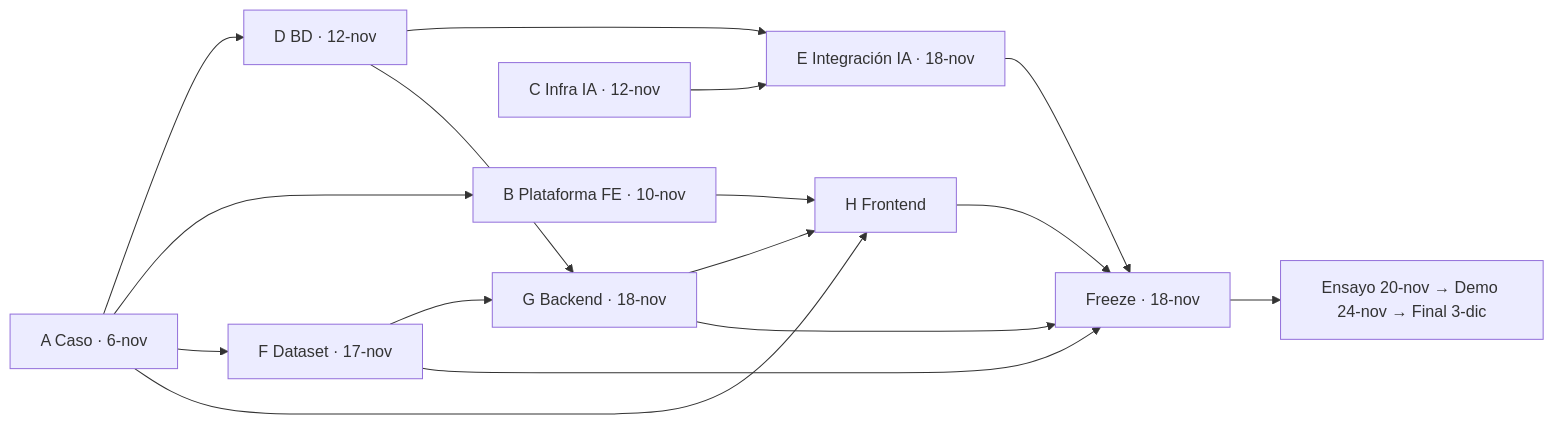
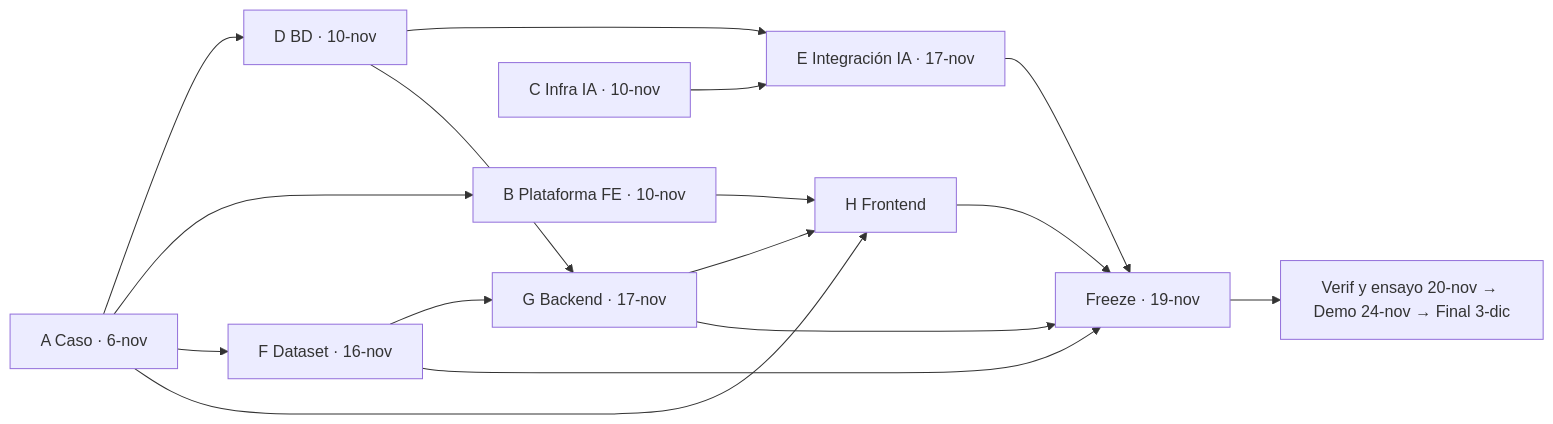
One commit to reeinharddd/docu changed the diagram in docs/gestion/REPLAN-2026-10-30.md. Above: the diagram before and after it, drawn with Mermaid. The commit also changed other lines of this file and 20 other files, not shown here.

````diff
--- a/docs/gestion/REPLAN-2026-10-30.md
+++ b/docs/gestion/REPLAN-2026-10-30.md
@@ -141,18 +140,18 @@
 ```mermaid
 flowchart LR
-  A[A Caso · 6-nov] --> D[D BD · 12-nov]
+  A[A Caso · 6-nov] --> D[D BD · 10-nov]
   A --> B[B Plataforma FE · 10-nov]
-  A --> F[F Dataset · 17-nov]
+  A --> F[F Dataset · 16-nov]
   A --> H[H Frontend]
-  C[C Infra IA · 12-nov] --> E[E Integración IA · 18-nov]
+  C[C Infra IA · 10-nov] --> E[E Integración IA · 17-nov]
   D --> E
-  D --> G[G Backend · 18-nov]
+  D --> G[G Backend · 17-nov]
   F --> G
   B --> H
   G --> H
-  E --> Z[Freeze · 18-nov]
+  E --> Z[Freeze · 19-nov]
   G --> Z
   H --> Z
   F --> Z
-  Z --> Y[Ensayo 20-nov → Demo 24-nov → Final 3-dic]
+  Z --> Y[Verif y ensayo 20-nov → Demo 24-nov → Final 3-dic]
 ```
````
